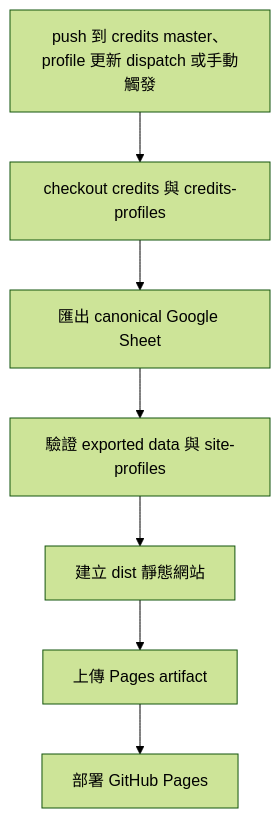
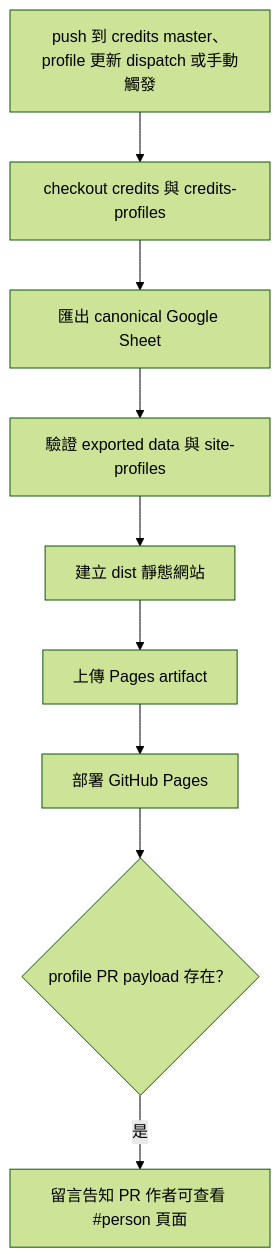
One commit to arnoldsky-yu/credits changed the third of 4 diagrams in docs/workflows.md. Above: the diagram before and after it, drawn with Mermaid (forest theme). The commit also changed other lines of this file and 5 other files, not shown here.

Commit message:
feat: comment after profile pages deploy

````diff
--- a/docs/workflows.md
+++ b/docs/workflows.md
@@ -73,9 +73,11 @@
 ```mermaid
 flowchart TD
   push["push 到 credits master、profile 更新 dispatch 或手動觸發"] --> checkout["checkout credits 與 credits-profiles"]
   checkout --> export["匯出 canonical Google Sheet"]
   export --> validate["驗證 exported data 與 site-profiles"]
   validate --> build["建立 dist 靜態網站"]
   build --> artifact["上傳 Pages artifact"]
   artifact --> deploy["部署 GitHub Pages"]
+  deploy --> publishedComment{"profile PR payload 存在？"}
+  publishedComment -->|是| comment["留言告知 PR 作者可查看 #person 頁面"]
 ```
````
